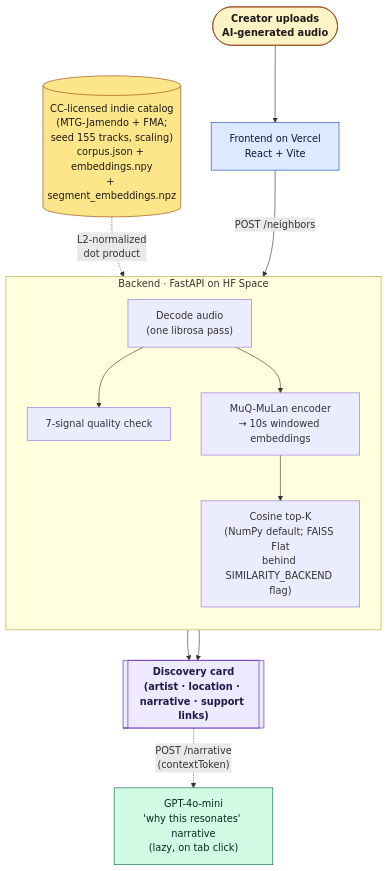
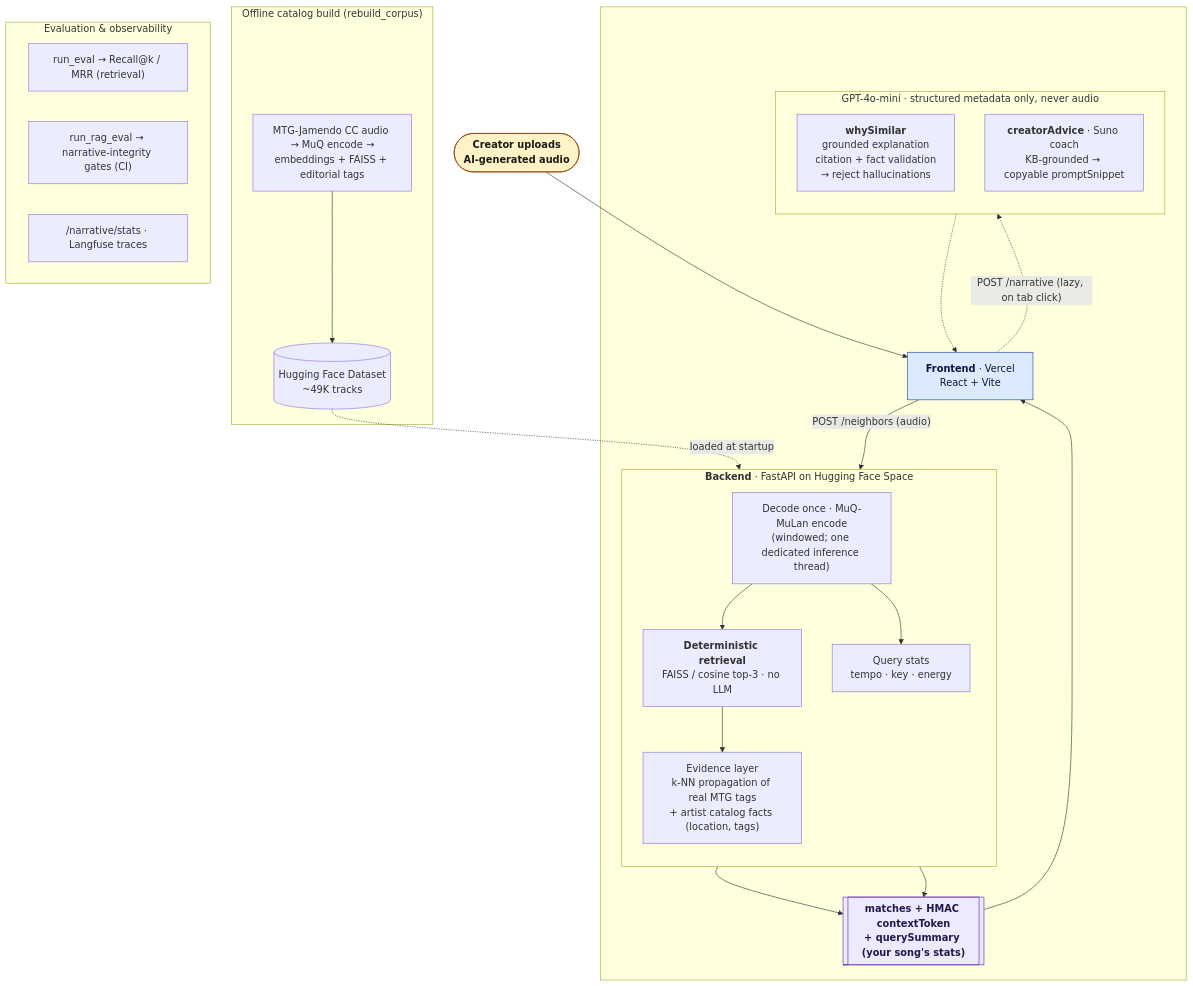
The diagram in README.md (RajatA98/Dundo), drawn with Mermaid before and after one commit. The commit also changed other lines of this file and 3 other files, not shown here.

First line of the commit message:
feat(observability): Langfuse tracing for /narrative + rewrite README

````diff
--- a/README.md
+++ b/README.md
@@ -51,31 +44,44 @@
 ```mermaid
 flowchart TB
-    USER([Creator uploads<br/>AI-generated audio]):::userNode
-    USER --> FE
-    FE["Frontend on Vercel<br/>React + Vite"]:::feNode
-    FE -->|"POST /neighbors"| BE
+    USER([Creator uploads<br/>AI-generated audio]):::u --> FE
 
-    subgraph BE ["Backend · FastAPI on HF Space"]
+    subgraph ONLINE [" "]
+      FE["<b>Frontend</b> · Vercel<br/>React + Vite"]:::fe
+      FE -->|"POST /neighbors (audio)"| BE
+
+      subgraph BE ["<b>Backend</b> · FastAPI on Hugging Face Space"]
         direction TB
-        DEC["Decode audio<br/>(one librosa pass)"]
-        DEC --> QUAL["7-signal quality check"]
-        DEC --> MuQ["MuQ-MuLan encoder<br/>→ 10s windowed embeddings"]
-        MuQ --> COS["Cosine top-K<br/>(NumPy default; FAISS Flat<br/>behind SIMILARITY_BACKEND flag)"]
+        DEC["Decode once · MuQ-MuLan encode<br/>(windowed; one dedicated inference thread)"]
+        DEC --> RET["<b>Deterministic retrieval</b><br/>FAISS / cosine top-3 · no LLM"]
+        RET --> EV["Evidence layer<br/>k-NN propagation of real MTG tags<br/>+ artist catalog facts (location, tags)"]
+        DEC --> STAT["Query stats<br/>tempo · key · energy"]
+      end
+
+      EV --> RESP[["matches + HMAC contextToken<br/>+ querySummary (your song's stats)"]]:::r
+      STAT --> RESP
+      RESP --> FE
+
+      FE -.->|"POST /narrative (lazy, on tab click)"| NAR
+      subgraph NAR ["GPT-4o-mini · structured metadata only, never audio"]
+        direction TB
+        WHY["<b>whySimilar</b><br/>grounded explanation<br/>citation + fact validation<br/>→ reject hallucinations"]
+        COACH["<b>creatorAdvice</b> · Suno coach<br/>KB-grounded → copyable promptSnippet"]
+      end
+      NAR -.-> FE
     end
 
-    CAT[("CC-licensed indie catalog<br/>(MTG-Jamendo + FMA;<br/>seed 155 tracks, scaling)<br/>corpus.json + embeddings.npy<br/>+ segment_embeddings.npz")]:::catNode
-    CAT -.->|"L2-normalized<br/>dot product"| COS
+    subgraph OFFLINE ["Offline catalog build (rebuild_corpus)"]
+      CB["MTG-Jamendo CC audio → MuQ encode →<br/>embeddings + FAISS + editorial tags"] --> DS[("Hugging Face Dataset<br/>~49K tracks")]
+    end
+    DS -.->|"loaded at startup"| RET
 
-    COS --> RPT
-    QUAL --> RPT
-    RPT[["Discovery card<br/>(artist · location · narrative · support links)"]]:::reportNode
+    subgraph RIGOR ["Evaluation & observability"]
+      E1["run_eval → Recall@k / MRR (retrieval)"]
+      E2["run_rag_eval → narrative-integrity gates (CI)"]
+      E3["/narrative/stats · Langfuse traces"]
+    end
 
-    LLM["GPT-4o-mini<br/>'why this resonates' narrative<br/>(lazy, on tab click)"]:::extNode
-    RPT -.->|"POST /narrative<br/>(contextToken)"| LLM
-
-    classDef userNode fill:#fef3c7,stroke:#92400e,color:#1c1917,font-weight:bold
-    classDef feNode fill:#dbeafe,stroke:#1e40af,color:#0c1738
-    classDef catNode fill:#fde68a,stroke:#92400e,color:#1c1917
-    classDef extNode fill:#d1fae5,stroke:#065f46,color:#022c22
-    classDef reportNode fill:#ede9fe,stroke:#5b21b6,color:#1e1b4b,font-weight:bold
+    classDef u fill:#fef3c7,stroke:#92400e,color:#1c1917,font-weight:bold
+    classDef fe fill:#dbeafe,stroke:#1e40af,color:#0c1738
+    classDef r fill:#ede9fe,stroke:#5b21b6,color:#1e1b4b,font-weight:bold
 ```
````
